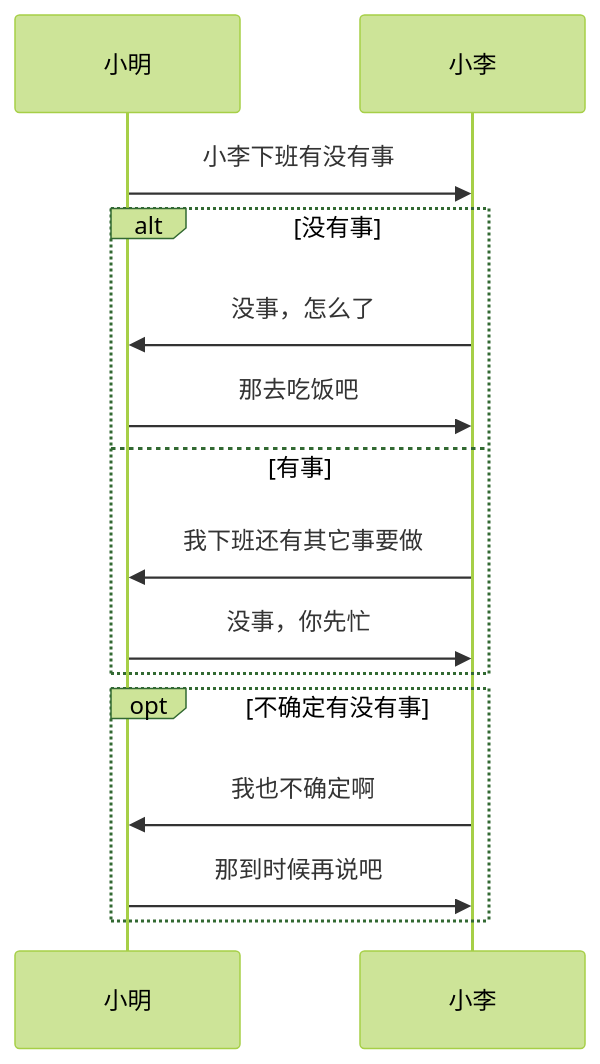
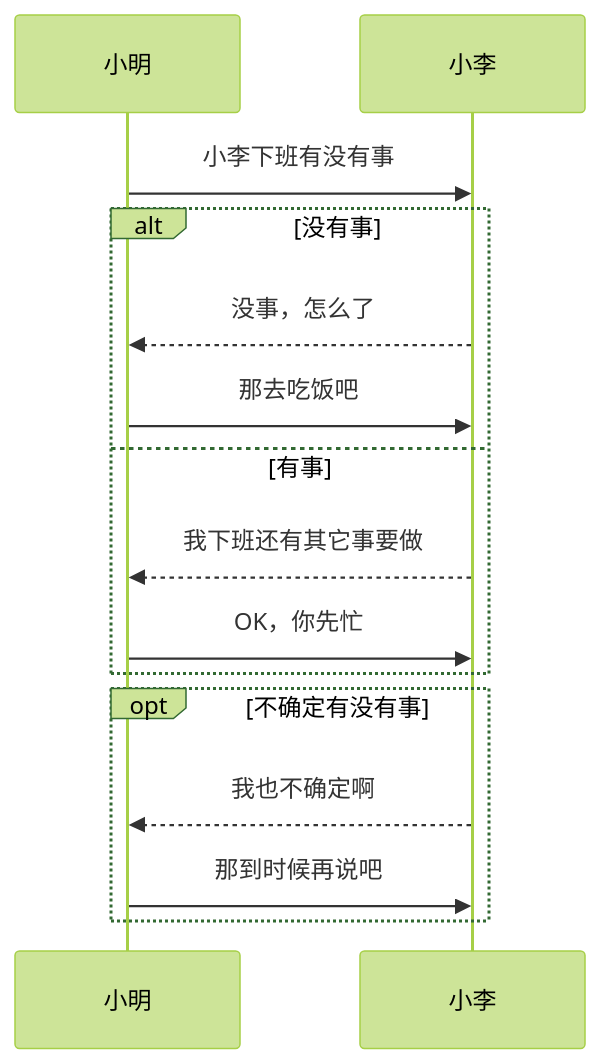
One commit to LoveEmiliaForever/Frontend-Learning-Record changed diagram 16 of 23 in 常用生产工具/Markdown/Markdown进阶.md. Above: the diagram before and after it, drawn with Mermaid (forest theme). The commit also changed other lines of this file, not shown here.

Commit message:
完善了序列图的学习笔记

````diff
--- a/常用生产工具/Markdown/Markdown进阶.md
+++ b/常用生产工具/Markdown/Markdown进阶.md
@@ -685,17 +709,17 @@
 ```mermaid
   sequenceDiagram
     participant A as 小明
     participant B as 小李
     A ->> B: 小李下班有没有事
     alt 没有事
-      B ->> A: 没事，怎么了
+      B -->> A: 没事，怎么了
       A ->> B: 那去吃饭吧
     else 有事
-      B ->> A: 我下班还有其它事要做
-      A ->> B: 没事，你先忙
+      B -->> A: 我下班还有其它事要做
+      A ->> B: OK，你先忙
     end
     opt 不确定有没有事
-      B ->> A: 我也不确定啊
+      B -->> A: 我也不确定啊
       A ->> B: 那到时候再说吧
     end
 ```
````
